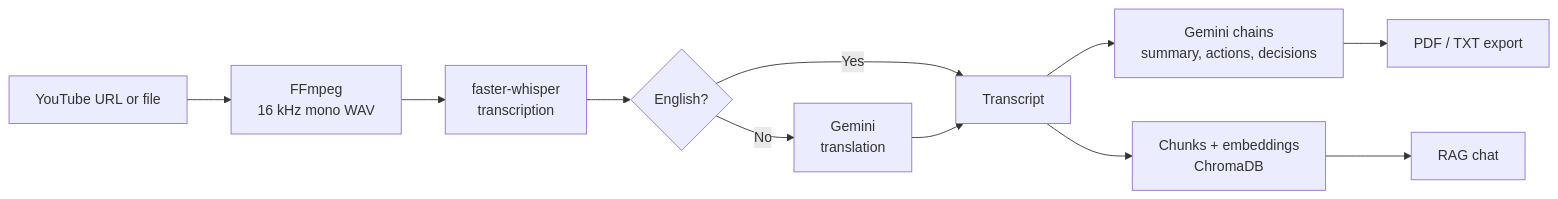
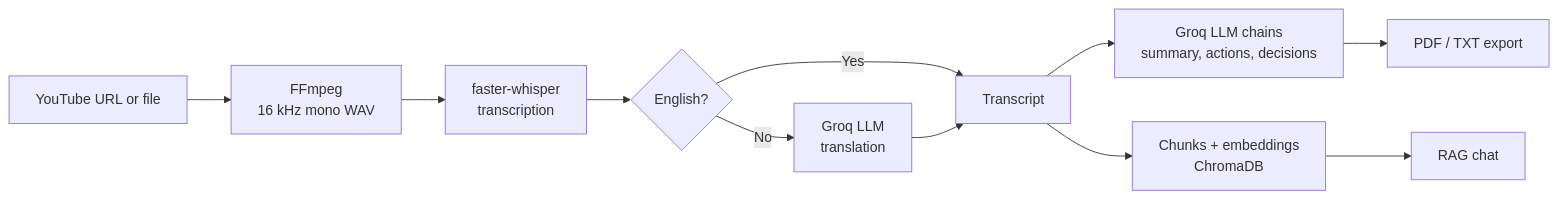
The diagram in README.md (RayyanAsif/Gistly), drawn with Mermaid before and after one commit. The commit also changed other lines of this file, not shown here.

````diff
--- a/README.md
+++ b/README.md
@@ -35,13 +35,13 @@
 ```mermaid
 flowchart LR
     A[YouTube URL or file] --> B[FFmpeg<br/>16 kHz mono WAV]
     B --> C[faster-whisper<br/>transcription]
     C --> D{English?}
-    D -- No --> E[Gemini<br/>translation]
+    D -- No --> E[Groq LLM<br/>translation]
     D -- Yes --> F[Transcript]
     E --> F
-    F --> G[Gemini chains<br/>summary, actions, decisions]
+    F --> G[Groq LLM chains<br/>summary, actions, decisions]
     F --> H[Chunks + embeddings<br/>ChromaDB]
     H --> I[RAG chat]
     G --> J[PDF / TXT export]
 ```
````
